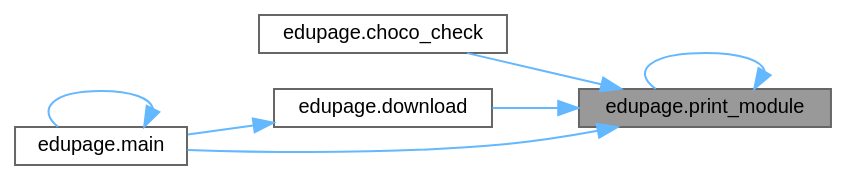
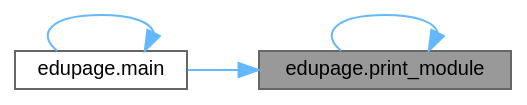
The diagram in rtf/d0/d52/namespaceedupage_a87e4619e345ef843fdc09d1a602c3ce3_icgraph.dot (GrenManSK/ZnamE), drawn with Graphviz before and after one commit. The commit also changed 341 other files, not shown here.

```diff
--- a/rtf/d0/d52/namespaceedupage_a87e4619e345ef843fdc09d1a602c3ce3_icgraph.dot
+++ b/rtf/d0/d52/namespaceedupage_a87e4619e345ef843fdc09d1a602c3ce3_icgraph.dot
@@ -1,18 +1,13 @@
 digraph "edupage.print_module"
 {
  // LATEX_PDF_SIZE
   bgcolor="transparent";
   edge [fontname=Helvetica,fontsize=10,labelfontname=Helvetica,labelfontsize=10];
   node [fontname=Helvetica,fontsize=10,shape=box,height=0.2,width=0.4];
   rankdir="RL";
   Node1 [label="edupage.print_module",height=0.2,width=0.4,color="gray40", fillcolor="grey60", style="filled", fontcolor="black",tooltip=" "];
   Node1 -> Node2 [dir="back",color="steelblue1",style="solid"];
-  Node2 [label="edupage.choco_check",height=0.2,width=0.4,color="grey40", fillcolor="white", style="filled",URL="$d0/d52/namespaceedupage.html#a5af10b36312bbda15f46734e936f3cad",tooltip=" "];
-  Node1 -> Node3 [dir="back",color="steelblue1",style="solid"];
-  Node3 [label="edupage.download",height=0.2,width=0.4,color="grey40", fillcolor="white", style="filled",URL="$d0/d52/namespaceedupage.html#a4528534caaf20f4dcead5a6737a89488",tooltip=" "];
-  Node3 -> Node4 [dir="back",color="steelblue1",style="solid"];
-  Node4 [label="edupage.main",height=0.2,width=0.4,color="grey40", fillcolor="white", style="filled",URL="$d0/d52/namespaceedupage.html#a119d208fce33ca55d6b605c22dbcd534",tooltip=" "];
-  Node4 -> Node4 [dir="back",color="steelblue1",style="solid"];
-  Node1 -> Node4 [dir="back",color="steelblue1",style="solid"];
+  Node2 [label="edupage.main",height=0.2,width=0.4,color="grey40", fillcolor="white", style="filled",URL="$d0/d52/namespaceedupage.html#a119d208fce33ca55d6b605c22dbcd534",tooltip=" "];
+  Node2 -> Node2 [dir="back",color="steelblue1",style="solid"];
   Node1 -> Node1 [dir="back",color="steelblue1",style="solid"];
 }
```
